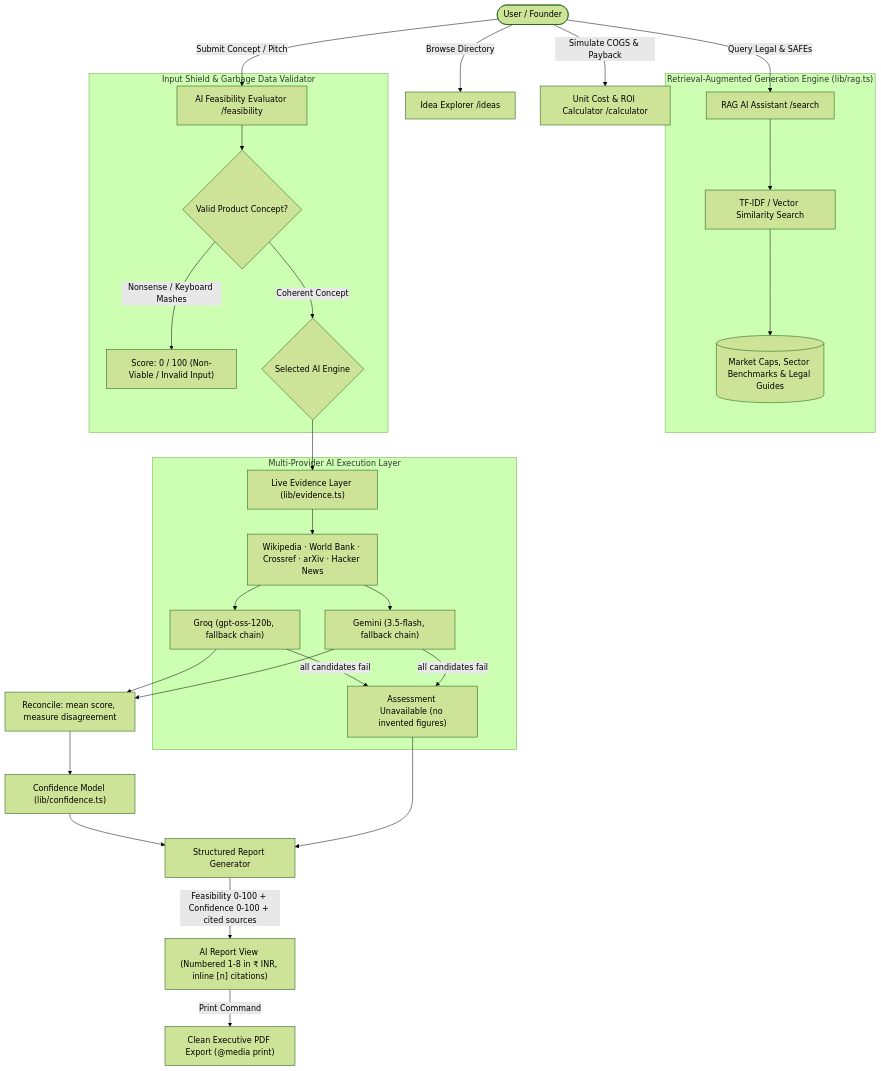
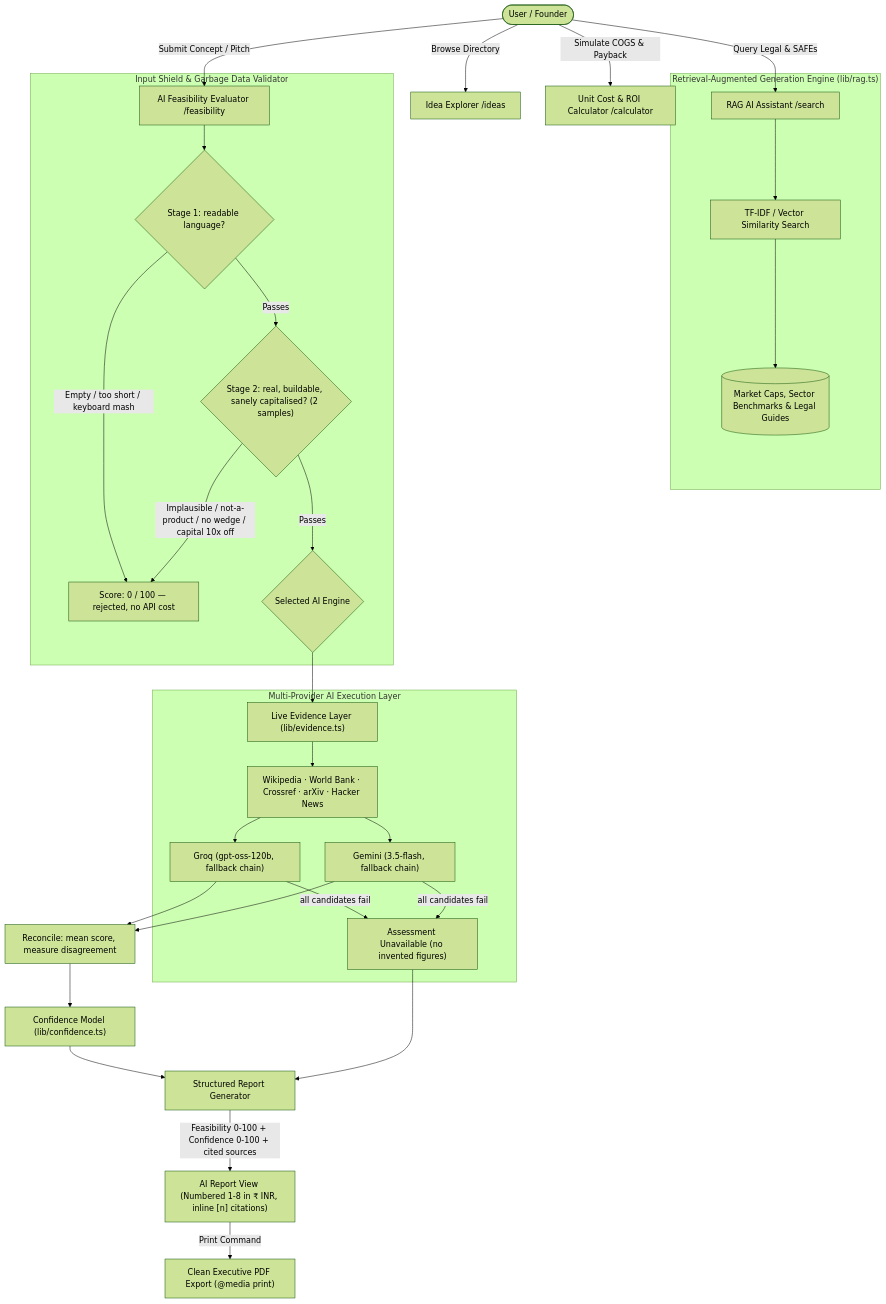
One commit to aryan8434/startup-navigator changed the diagram in docs/startup_navigator_technical_documentation.md. Above: the diagram before and after it, drawn with Mermaid (forest theme). The commit also changed other lines of this file and 5 other files, not shown here.

````diff
--- a/docs/startup_navigator_technical_documentation.md
+++ b/docs/startup_navigator_technical_documentation.md
@@ -70,36 +71,38 @@
 ```mermaid
 flowchart TD
     User([User / Founder]) -->|Browse Directory| Explorer[Idea Explorer /ideas]
     User -->|Submit Concept / Pitch| FeasibilityForm[AI Feasibility Evaluator /feasibility]
     User -->|Query Legal & SAFEs| RAGSearch[RAG AI Assistant /search]
     User -->|Simulate COGS & Payback| CostCalc[Unit Cost & ROI Calculator /calculator]
 
     subgraph RAG_Engine ["Retrieval-Augmented Generation Engine (lib/rag.ts)"]
         RAGSearch --> VectorSearch["TF-IDF / Vector Similarity Search"]
         VectorSearch --> LocalDB[("Market Caps, Sector Benchmarks & Legal Guides")]
     end
 
     subgraph Garbage_Validation ["Input Shield & Garbage Data Validator"]
-        FeasibilityForm --> InputCheck{"Valid Product Concept?"}
-        InputCheck -->|Nonsense / Keyboard Mashes| ZeroScore["Score: 0 / 100 (Non-Viable / Invalid Input)"]
-        InputCheck -->|Coherent Concept| ModelSelector{"Selected AI Engine"}
+        FeasibilityForm --> Stage1{"Stage 1: readable language?"}
+        Stage1 -->|Empty / too short / keyboard mash| ZeroScore["Score: 0 / 100 — rejected, no API cost"]
+        Stage1 -->|Passes| Stage2{"Stage 2: real, buildable, sanely capitalised? (2 samples)"}
+        Stage2 -->|Implausible / not-a-product / no wedge / capital 10x off| ZeroScore
+        Stage2 -->|Passes| ModelSelector{"Selected AI Engine"}
     end
 
     subgraph Multi_AI_Engine ["Multi-Provider AI Execution Layer"]
         ModelSelector --> Evidence["Live Evidence Layer (lib/evidence.ts)"]
         Evidence --> Sources["Wikipedia · World Bank · Crossref · arXiv · Hacker News"]
         Sources --> GroqAPI["Groq (gpt-oss-120b, fallback chain)"]
         Sources --> GeminiAPI["Gemini (3.5-flash, fallback chain)"]
         GroqAPI -->|all candidates fail| Unavailable["Assessment Unavailable (no invented figures)"]
         GeminiAPI -->|all candidates fail| Unavailable
     end
 
     GroqAPI --> Reconcile["Reconcile: mean score, measure disagreement"]
     GeminiAPI --> Reconcile
     Reconcile --> Confidence["Confidence Model (lib/confidence.ts)"]
     Confidence --> FeasibilityReport["Structured Report Generator"]
     Unavailable --> FeasibilityReport
 
     FeasibilityReport -->|Feasibility 0-100 + Confidence 0-100 + cited sources| ReportUI["AI Report View (Numbered 1-8 in ₹ INR, inline [n] citations)"]
     ReportUI -->|Print Command| PDFExport["Clean Executive PDF Export (@media print)"]
 ```
````
